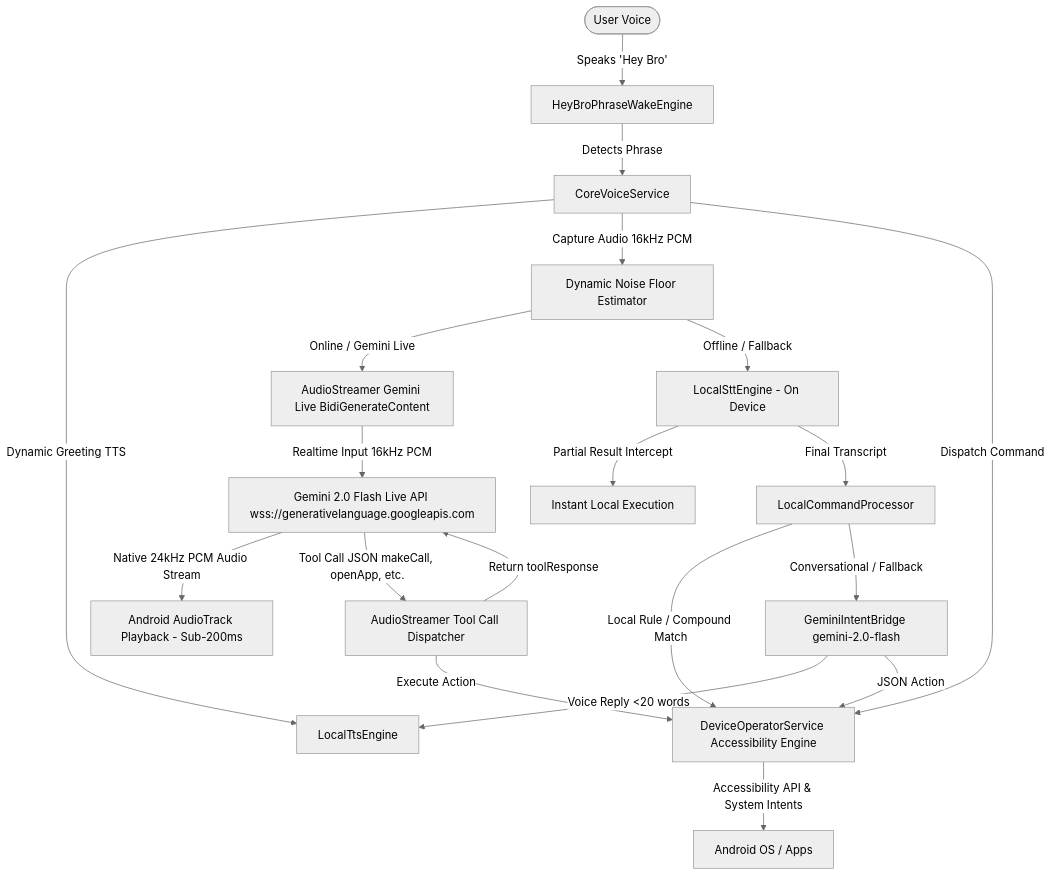
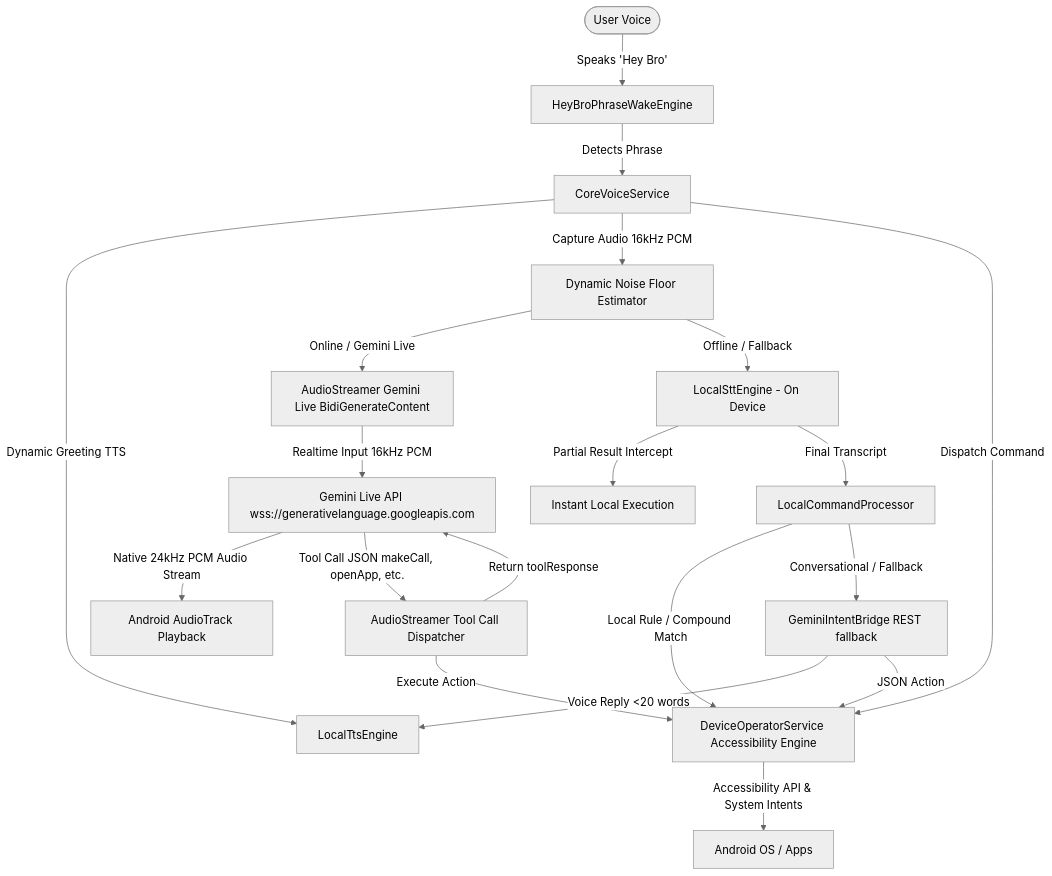
One commit to msagra/Hey_Bro changed the diagram in project_details.md. Above: the diagram before and after it, drawn with Mermaid (neutral theme). The commit also changed other lines of this file and 19 other files, not shown here.

````diff
--- a/project_details.md
+++ b/project_details.md
@@ -23,28 +23,28 @@
 ```mermaid
 graph TD
     User([User Voice]) -->|Speaks 'Hey Bro'| Wake[HeyBroPhraseWakeEngine]
     Wake -->|Detects Phrase| Core[CoreVoiceService]
     Core -->|Dynamic Greeting TTS| TTSLocal[LocalTtsEngine]
     Core -->|Capture Audio 16kHz PCM| NoiseFloor[Dynamic Noise Floor Estimator]
     
     NoiseFloor -->|Online / Gemini Live| WS[AudioStreamer Gemini Live BidiGenerateContent]
     NoiseFloor -->|Offline / Fallback| LocalSTT[LocalSttEngine - On Device]
     
     %% Gemini Live Path
-    WS -->|Realtime Input 16kHz PCM| GemLive[Gemini 2.0 Flash Live API wss://generativelanguage.googleapis.com]
-    GemLive -->|Native 24kHz PCM Audio Stream| AudioTrack[Android AudioTrack Playback - Sub-200ms]
+    WS -->|Realtime Input 16kHz PCM| GemLive[Gemini Live API wss://generativelanguage.googleapis.com]
+    GemLive -->|Native 24kHz PCM Audio Stream| AudioTrack[Android AudioTrack Playback]
     GemLive -->|Tool Call JSON makeCall, openApp, etc.| ToolHandler[AudioStreamer Tool Call Dispatcher]
     ToolHandler -->|Execute Action| DeviceOp[DeviceOperatorService Accessibility Engine]
     ToolHandler -->|Return toolResponse| GemLive
     
     %% Local Path
     LocalSTT -->|Partial Result Intercept| FastAction[Instant Local Execution]
     LocalSTT -->|Final Transcript| LCP[LocalCommandProcessor]
     LCP -->|Local Rule / Compound Match| DeviceOp
-    LCP -->|Conversational / Fallback| GeminiBridge[GeminiIntentBridge gemini-2.0-flash]
+    LCP -->|Conversational / Fallback| GeminiBridge[GeminiIntentBridge REST fallback]
     GeminiBridge -->|Voice Reply <20 words| TTSLocal
     GeminiBridge -->|JSON Action| DeviceOp
     
     Core -->|Dispatch Command| DeviceOp
     DeviceOp -->|Accessibility API & System Intents| PhoneOS[Android OS / Apps]
 ```
````
